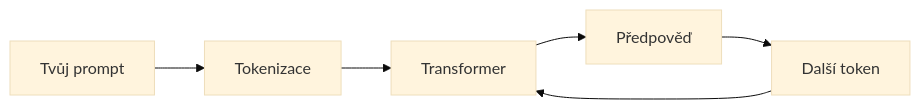
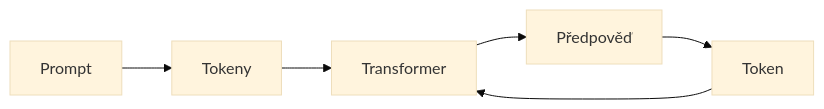
One commit to aidetemcz/glitch changed the diagram in glitches/vibecoding/vc31-jak-funguje-ai.md. Above: the diagram before and after it, drawn with Mermaid (base theme). The commit also changed 2 other files, not shown here.

Commit message:
Move mermaid diagrams to deepdive, fix scroll, shorter labels
- Move mermaid from chat section to deepdive in vc2, vc31
  (chat bubbles are too narrow for diagrams)
- vc2: change LR→TD for vertical layout, add numbered steps
- vc31: shorten labels for mobile readability
- Reset chatContainer.scrollTop=0 on openDetail (fixes scrollbar
  persisting from previous visit)

````diff
--- a/glitches/vibecoding/vc31-jak-funguje-ai.md
+++ b/glitches/vibecoding/vc31-jak-funguje-ai.md
@@ -17,8 +26,8 @@
 ```mermaid
 graph LR
-    A["Tvůj prompt"] --> B["Tokenizace"]
+    A["Prompt"] --> B["Tokeny"]
     B --> C["Transformer"]
     C --> D["Předpověď"]
-    D --> E["Další token"]
+    D --> E["Token"]
     E --> C
 ```
````
